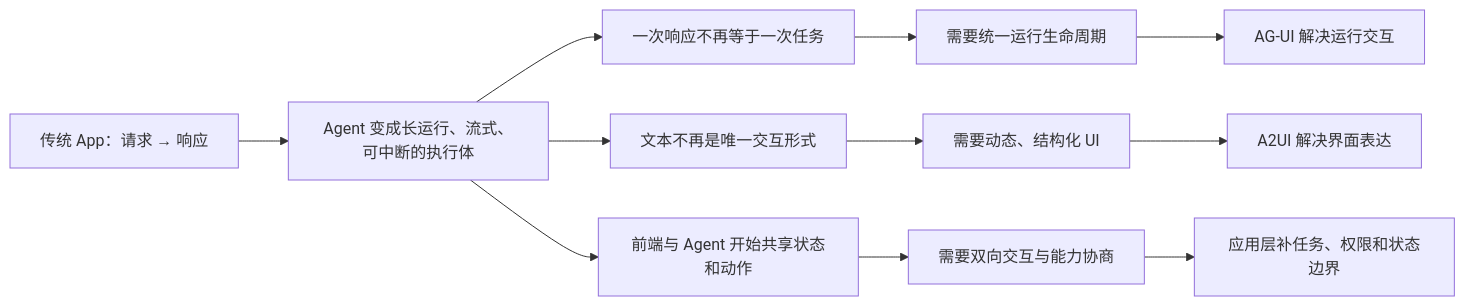
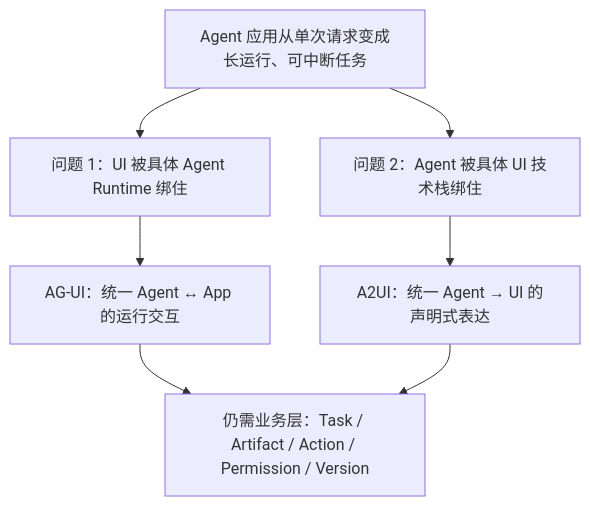
Before and after one commit to Nunchakus888/dossierkit: the first of 12 diagrams in profiles/default/content/zh/notes/ag-ui-a2ui-agent-runtime-generative-ui-ai-native.mdx, drawn with Mermaid. The commit also changed other lines of this file, not shown here.

Commit message:
Update note: AG-UI 与 A2UI：构建跨 Agent、跨平台的交互架构

```diff
--- a/profiles/default/content/zh/notes/ag-ui-a2ui-agent-runtime-generative-ui-ai-native.mdx
+++ b/profiles/default/content/zh/notes/ag-ui-a2ui-agent-runtime-generative-ui-ai-native.mdx
@@ -58,13 +50,10 @@
 ~~~mermaid
-flowchart LR
-  A["传统 App：请求 → 响应"] --> B["Agent 变成长运行、流式、可中断的执行体"]
-  B --> C["一次响应不再等于一次任务"]
-  B --> D["文本不再是唯一交互形式"]
-  B --> E["前端与 Agent 开始共享状态和动作"]
-  C --> F["需要统一运行生命周期"]
-  D --> G["需要动态、结构化 UI"]
-  E --> H["需要双向交互与能力协商"]
-  F --> I["AG-UI 解决运行交互"]
-  G --> J["A2UI 解决界面表达"]
-  H --> K["应用层补任务、权限和状态边界"]
+flowchart TB
+  A["Agent 应用从单次请求变成长运行、可中断任务"]
+  A --> B["问题 1：UI 被具体 Agent Runtime 绑住"]
+  A --> C["问题 2：Agent 被具体 UI 技术栈绑住"]
+  B --> D["AG-UI：统一 Agent ↔ App 的运行交互"]
+  C --> E["A2UI：统一 Agent → UI 的声明式表达"]
+  D --> F["仍需业务层：Task / Artifact / Action / Permission / Version"]
+  E --> F
 ~~~
```
